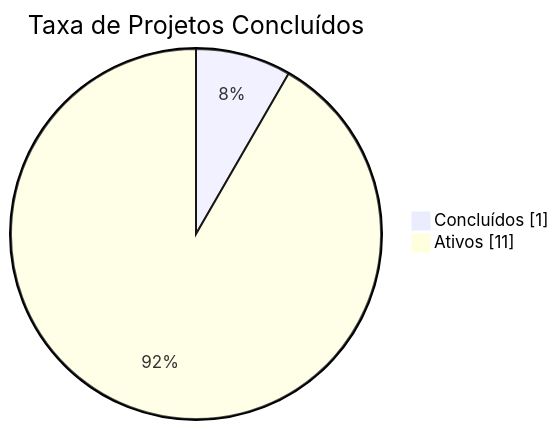
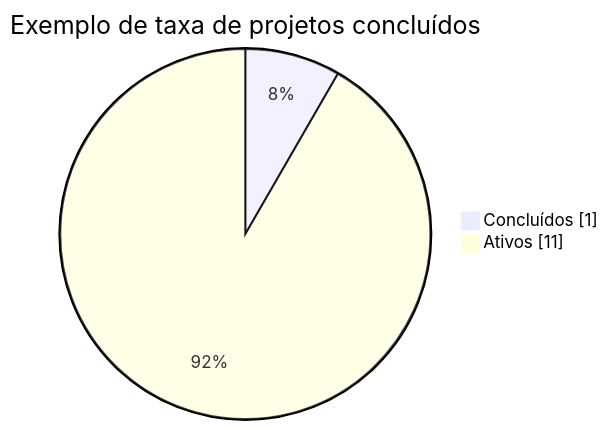
Before and after one commit to Ennzzo/acadus: the first of 6 diagrams in docs/performance-indicators.md, drawn with Mermaid. The commit also changed other lines of this file and 16 other files, not shown here.

````diff
--- a/docs/performance-indicators.md
+++ b/docs/performance-indicators.md
@@ -16,6 +37,6 @@
 ```mermaid
 pie showData
-    title Taxa de Projetos Concluídos
+    title Exemplo de taxa de projetos concluídos
     "Concluídos" : 1
     "Ativos" : 11
 ```
````
